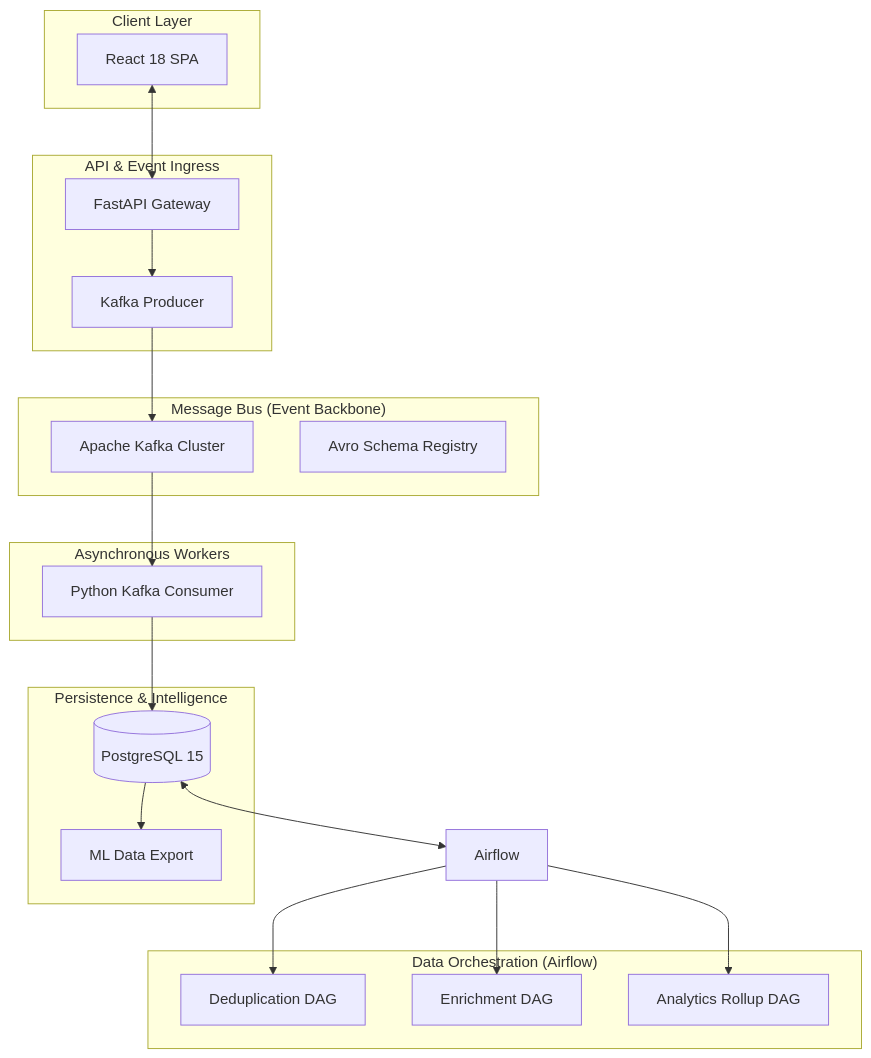
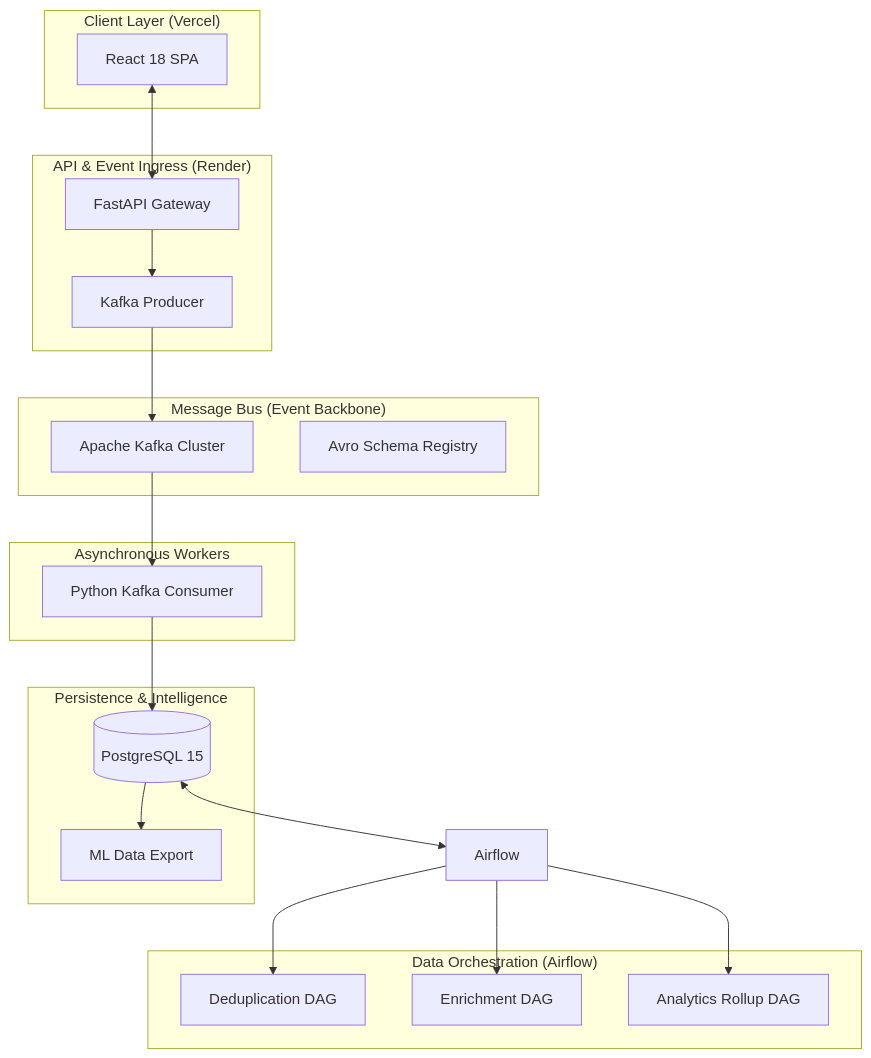
The first of 2 diagrams in README.md (Gyanprakash136/Real-Estate-Listing-Portal), drawn with Mermaid before and after one commit. The commit also changed other lines of this file and 5 other files, not shown here.

````diff
--- a/README.md
+++ b/README.md
@@ -18,42 +20,42 @@
 ```mermaid
 graph TD
-    subgraph "Client Layer"
+    subgraph "Client Layer (Vercel)"
         SPA[React 18 SPA]
     end
 
-    subgraph "API & Event Ingress"
+    subgraph "API & Event Ingress (Render)"
         API[FastAPI Gateway]
         K_PROD[Kafka Producer]
     end
 
     subgraph "Message Bus (Event Backbone)"
         K_BUS[Apache Kafka Cluster]
         S_REG[Avro Schema Registry]
     end
 
     subgraph "Asynchronous Workers"
         K_CONS[Python Kafka Consumer]
     end
 
     subgraph "Data Orchestration (Airflow)"
         D_DED[Deduplication DAG]
         D_ENR[Enrichment DAG]
         D_ANL[Analytics Rollup DAG]
     end
 
     subgraph "Persistence & Intelligence"
         DB[(PostgreSQL 15)]
         ML_EXP[ML Data Export]
     end
 
     SPA <--> API
     API --> K_PROD
     K_PROD --> K_BUS
     K_BUS --> K_CONS
     K_CONS --> DB
     DB <--> Airflow
     Airflow --> D_DED
     Airflow --> D_ENR
     Airflow --> D_ANL
     DB --> ML_EXP
 ```
````
